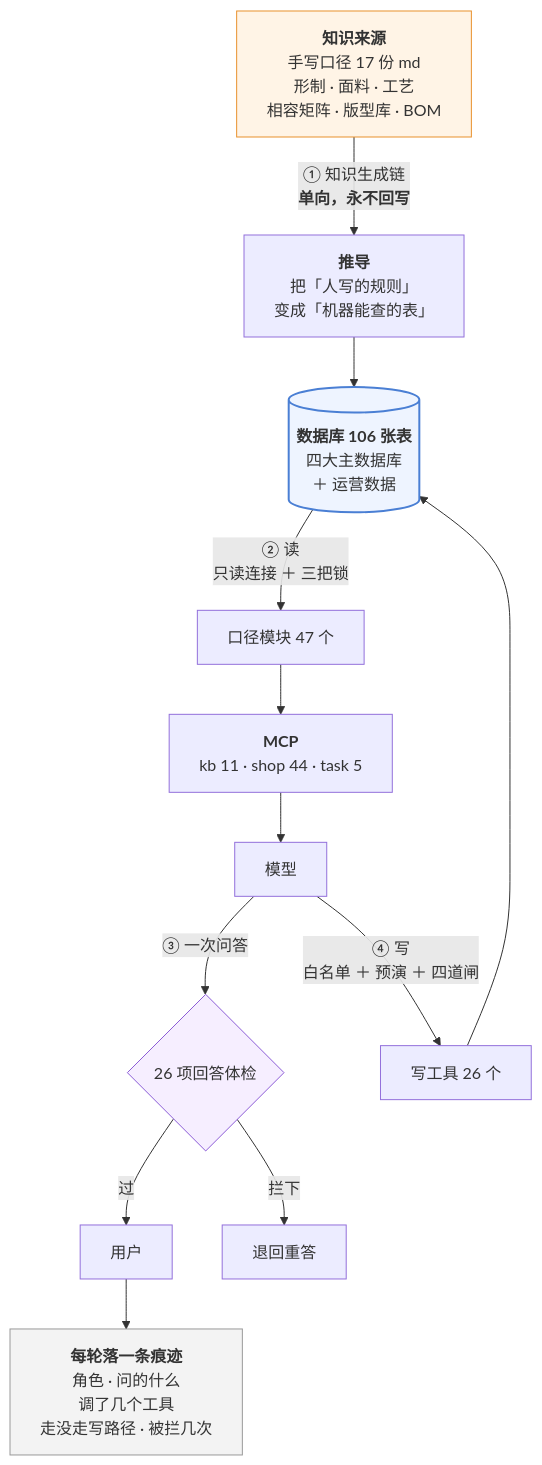
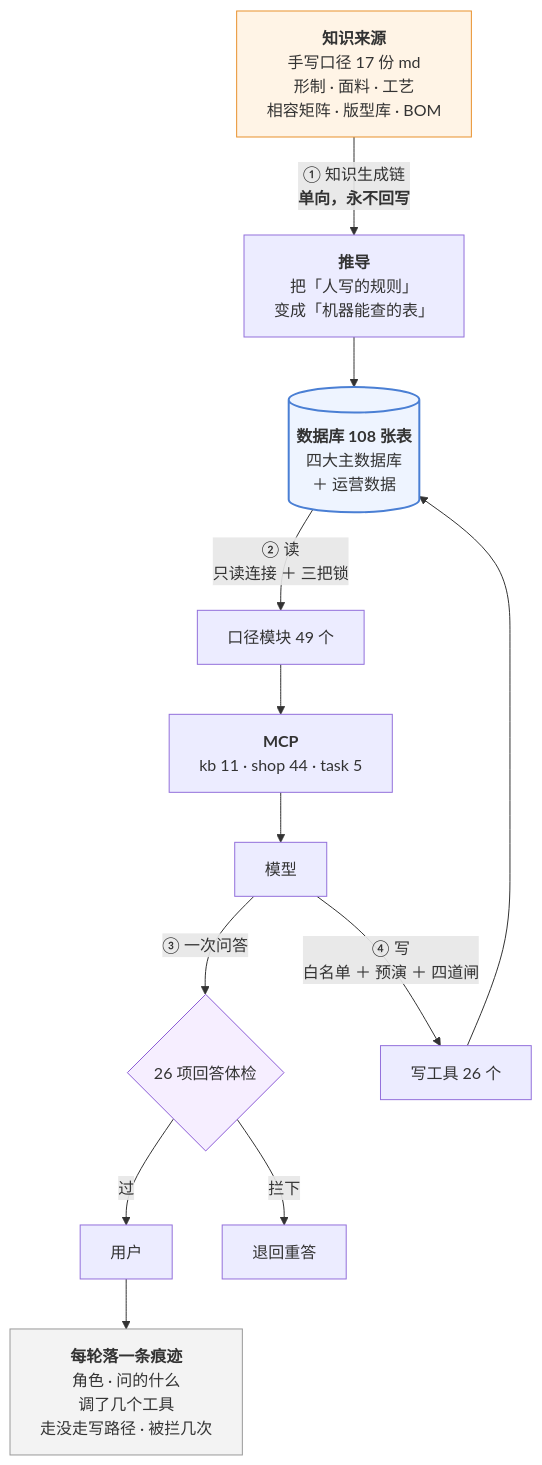
One commit to 843773296-rgb/lanxiu-yunshang-agent changed the third of 3 diagrams in 澜绣云裳agent-产品说明.md. Above: the diagram before and after it, drawn with Mermaid. The commit also changed other lines of this file and 52 other files, not shown here.

````diff
--- a/澜绣云裳agent-产品说明.md
+++ b/澜绣云裳agent-产品说明.md
@@ -940,24 +940,24 @@
 ```mermaid
 flowchart TD
     MD["<b>知识来源</b><br/>手写口径 17 份 md<br/>形制 · 面料 · 工艺<br/>相容矩阵 · 版型库 · BOM"]
     MD -->|"① 知识生成链<br/><b>单向，永不回写</b>"| DV["<b>推导</b><br/>把「人写的规则」<br/>变成「机器能查的表」"]
-    DV --> DB[("<b>数据库 106 张表</b><br/>四大主数据库<br/>＋ 运营数据")]
+    DV --> DB[("<b>数据库 108 张表</b><br/>四大主数据库<br/>＋ 运营数据")]
 
-    DB -->|"② 读<br/>只读连接 ＋ 三把锁"| KJ["口径模块 47 个"]
+    DB -->|"② 读<br/>只读连接 ＋ 三把锁"| KJ["口径模块 49 个"]
     KJ --> MCP["<b>MCP</b><br/>kb 11 · shop 44 · task 5"]
     MCP --> LLM["模型"]
 
     LLM -->|"③ 一次问答"| GD{"26 项回答体检"}
     GD -- 过 --> U["用户"]
     GD -- 拦下 --> RE["退回重答"]
 
     LLM -->|"④ 写<br/>白名单 ＋ 预演 ＋ 四道闸"| W["写工具 26 个"]
     W --> DB
 
     U --> TR["<b>每轮落一条痕迹</b><br/>角色 · 问的什么<br/>调了几个工具<br/>走没走写路径 · 被拦几次"]
 
     style MD fill:#fff4e6,stroke:#e8912d
     style DB fill:#eef4ff,stroke:#4a7fd4,stroke-width:2px
     style GD fill:#f6eeff,stroke:#8b5cd6
     style TR fill:#f3f3f3,stroke:#999
 ```
````
